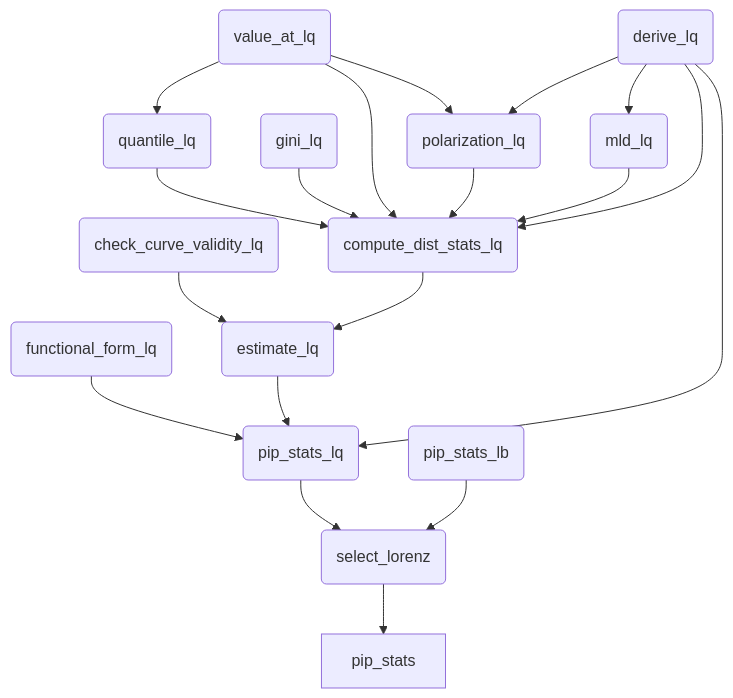
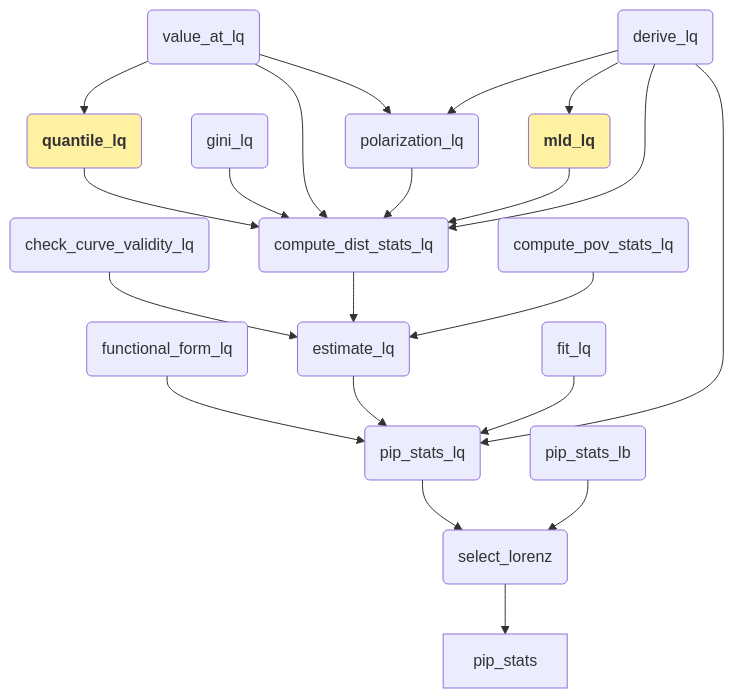
The diagram in wbpip_gd_doc.qmd (dana89co/pip_utilities), drawn with Mermaid before and after one commit. The commit also changed other lines of this file and 2 other files, not shown here.

````diff
--- a/wbpip_gd_doc.qmd
+++ b/wbpip_gd_doc.qmd
@@ -23,22 +22,28 @@
 ```{mermaid}
+
 flowchart TD
     lz(select_lorenz) --> stats[pip_stats]
     lq(pip_stats_lq) --> lz
     lb(pip_stats_lb) --> lz  
     form_lq(functional_form_lq) --> lq
     derive_lq(derive_lq) --> lq
     est_lq(estimate_lq) --> lq
+    fit_lq(fit_lq) --> lq
     check_val(check_curve_validity_lq) --> est_lq
     comp_dist_lq(compute_dist_stats_lq) --> est_lq
+    comp_pov_lq(compute_pov_stats_lq) --> est_lq
     polarization_lq(polarization_lq) --> comp_dist_lq
     gini_lq(gini_lq) --> comp_dist_lq
     value_at_lq --> polarization_lq
     value_at_lq(value_at_lq) --> comp_dist_lq
-    mld_lq(mld_lq) --> comp_dist_lq
-    quantile_lq(quantile_lq) --> comp_dist_lq
+    mld_lq(<b>mld_lq</b>) --> comp_dist_lq
+    quantile_lq(<b>quantile_lq</b>) --> comp_dist_lq
     derive_lq --> comp_dist_lq
     derive_lq --> mld_lq
     derive_lq --> polarization_lq
     value_at_lq --> quantile_lq
+    
+    style quantile_lq fill:#FFF1A2
+    style mld_lq fill:#FFF1A2
 
 ```
````
